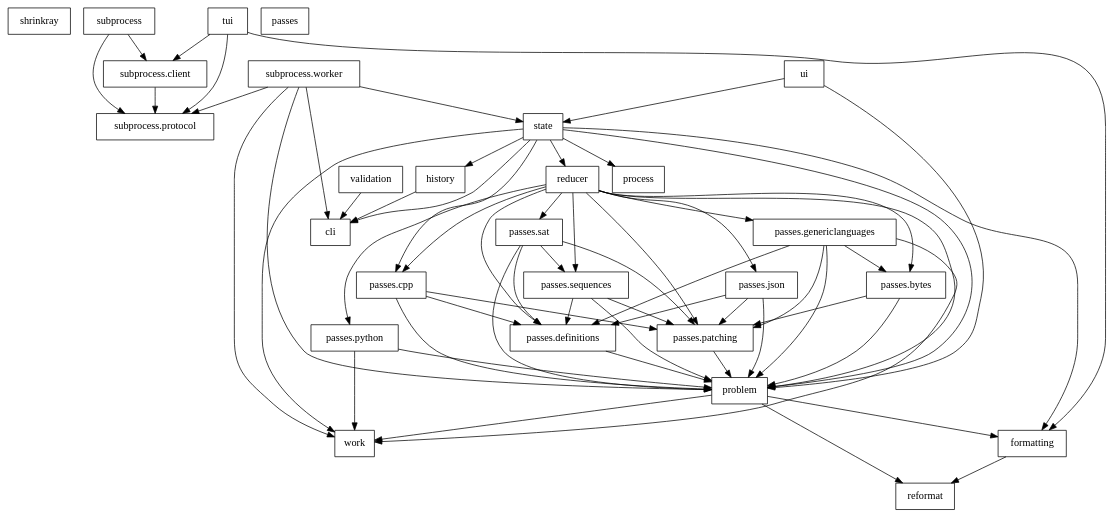
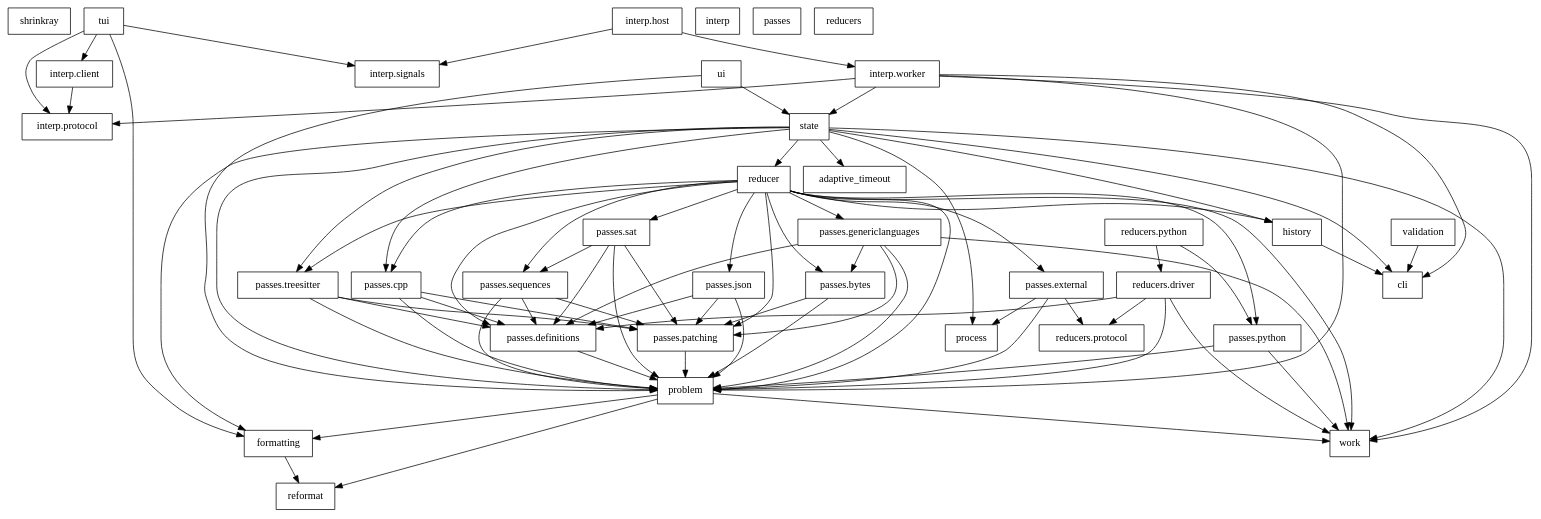
Before and after one commit to DRMacIver/shrinkray: the diagram in notes/import-graph.dot, drawn with Graphviz. The commit also changed 15 other files, not shown here.

```diff
--- a/notes/import-graph.dot
+++ b/notes/import-graph.dot
@@ -1,94 +1,122 @@
 digraph imports {
     rankdir=TB;
     node [shape=box];
 
     "shrinkray";
+    "adaptive_timeout";
     "cli";
     "formatting";
     "history";
+    "interp";
+    "interp.client";
+    "interp.host";
+    "interp.protocol";
+    "interp.signals";
+    "interp.worker";
     "passes";
     "passes.bytes";
     "passes.cpp";
     "passes.definitions";
+    "passes.external";
     "passes.genericlanguages";
     "passes.json";
     "passes.patching";
     "passes.python";
     "passes.sat";
     "passes.sequences";
+    "passes.treesitter";
     "problem";
     "process";
     "reducer";
+    "reducers";
+    "reducers.driver";
+    "reducers.protocol";
+    "reducers.python";
     "reformat";
     "state";
-    "subprocess";
-    "subprocess.client";
-    "subprocess.protocol";
-    "subprocess.worker";
     "tui";
     "ui";
     "validation";
     "work";
 
     "formatting" -> "reformat";
     "history" -> "cli";
+    "interp.client" -> "interp.protocol";
+    "interp.host" -> "interp.signals";
+    "interp.host" -> "interp.worker";
+    "interp.worker" -> "cli";
+    "interp.worker" -> "interp.protocol";
+    "interp.worker" -> "problem";
+    "interp.worker" -> "state";
+    "interp.worker" -> "work";
     "passes.bytes" -> "passes.patching";
     "passes.bytes" -> "problem";
     "passes.cpp" -> "passes.definitions";
     "passes.cpp" -> "passes.patching";
     "passes.cpp" -> "problem";
     "passes.definitions" -> "problem";
+    "passes.external" -> "problem";
+    "passes.external" -> "process";
+    "passes.external" -> "reducers.protocol";
     "passes.genericlanguages" -> "passes.bytes";
     "passes.genericlanguages" -> "passes.definitions";
     "passes.genericlanguages" -> "passes.patching";
     "passes.genericlanguages" -> "problem";
     "passes.genericlanguages" -> "work";
     "passes.json" -> "passes.definitions";
     "passes.json" -> "passes.patching";
     "passes.json" -> "problem";
     "passes.patching" -> "problem";
     "passes.python" -> "problem";
     "passes.python" -> "work";
     "passes.sat" -> "passes.definitions";
     "passes.sat" -> "passes.patching";
     "passes.sat" -> "passes.sequences";
     "passes.sat" -> "problem";
     "passes.sequences" -> "passes.definitions";
     "passes.sequences" -> "passes.patching";
     "passes.sequences" -> "problem";
+    "passes.treesitter" -> "passes.definitions";
+    "passes.treesitter" -> "passes.patching";
+    "passes.treesitter" -> "problem";
     "problem" -> "formatting";
     "problem" -> "reformat";
     "problem" -> "work";
+    "reducer" -> "history";
     "reducer" -> "passes.bytes";
     "reducer" -> "passes.cpp";
     "reducer" -> "passes.definitions";
+    "reducer" -> "passes.external";
     "reducer" -> "passes.genericlanguages";
     "reducer" -> "passes.json";
     "reducer" -> "passes.patching";
     "reducer" -> "passes.python";
     "reducer" -> "passes.sat";
     "reducer" -> "passes.sequences";
+    "reducer" -> "passes.treesitter";
     "reducer" -> "problem";
+    "reducer" -> "work";
+    "reducers.driver" -> "passes.definitions";
+    "reducers.driver" -> "problem";
+    "reducers.driver" -> "reducers.protocol";
+    "reducers.driver" -> "work";
+    "reducers.python" -> "passes.python";
+    "reducers.python" -> "reducers.driver";
+    "state" -> "adaptive_timeout";
     "state" -> "cli";
     "state" -> "formatting";
     "state" -> "history";
     "state" -> "passes.cpp";
+    "state" -> "passes.treesitter";
     "state" -> "problem";
     "state" -> "process";
     "state" -> "reducer";
     "state" -> "work";
-    "subprocess" -> "subprocess.client";
-    "subprocess" -> "subprocess.protocol";
-    "subprocess.client" -> "subprocess.protocol";
-    "subprocess.worker" -> "cli";
-    "subprocess.worker" -> "problem";
-    "subprocess.worker" -> "state";
-    "subprocess.worker" -> "subprocess.protocol";
-    "subprocess.worker" -> "work";
     "tui" -> "formatting";
-    "tui" -> "subprocess.client";
-    "tui" -> "subprocess.protocol";
+    "tui" -> "interp.client";
+    "tui" -> "interp.protocol";
+    "tui" -> "interp.signals";
     "ui" -> "problem";
     "ui" -> "state";
     "validation" -> "cli";
 }
```
